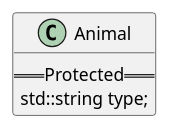
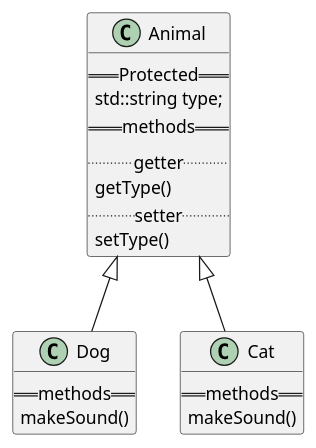
One commit to t-h2o/cpp changed the diagram in 04/assets/README.adoc. Above: the diagram before and after it, drawn with PlantUML. The commit also changed 1 other file, not shown here.

Commit message:
init inheritance

```diff
--- a/04/assets/README.adoc
+++ b/04/assets/README.adoc
@@ -7,12 +7,31 @@
 [plantuml, target=00, format=svg, width=50%]
 ....
 @startuml
 
 skinparam defaultFontName JetBrains Mono ExtraBold
 
 class Animal {
 == Protected ==
   std::string type;
+== methods ==
+.. getter ..
+  getType()
+.. setter ..
+  setType()
 }
+
+
+class Dog {
+== methods ==
+  makeSound()
+}
+
+class Cat {
+== methods ==
+  makeSound()
+}
+Animal <|-- Dog
+Animal <|-- Cat
+
 @enduml
 ....
```
